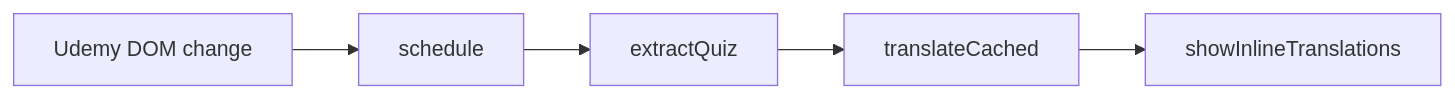
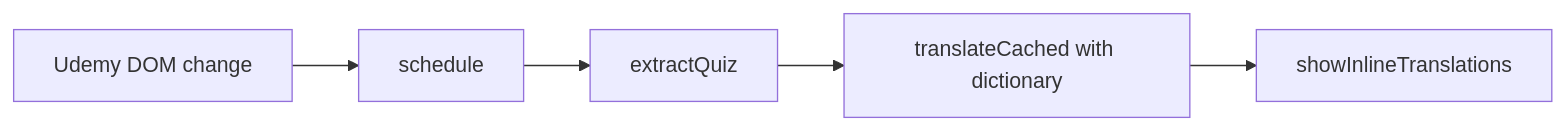
Before and after one commit to JaceDashS/udemy-korean-translator: the diagram in docs/architecture/10-overview.md, drawn with Mermaid. The commit also changed other lines of this file and 18 other files, not shown here.

````diff
--- a/docs/architecture/10-overview.md
+++ b/docs/architecture/10-overview.md
@@ -12,7 +14,7 @@
 ```mermaid
 flowchart LR
     A[Udemy DOM change] --> B[schedule]
     B --> C[extractQuiz]
-    C --> D[translateCached]
+    C --> D[translateCached with dictionary]
     D --> E[showInlineTranslations]
 ```
````
